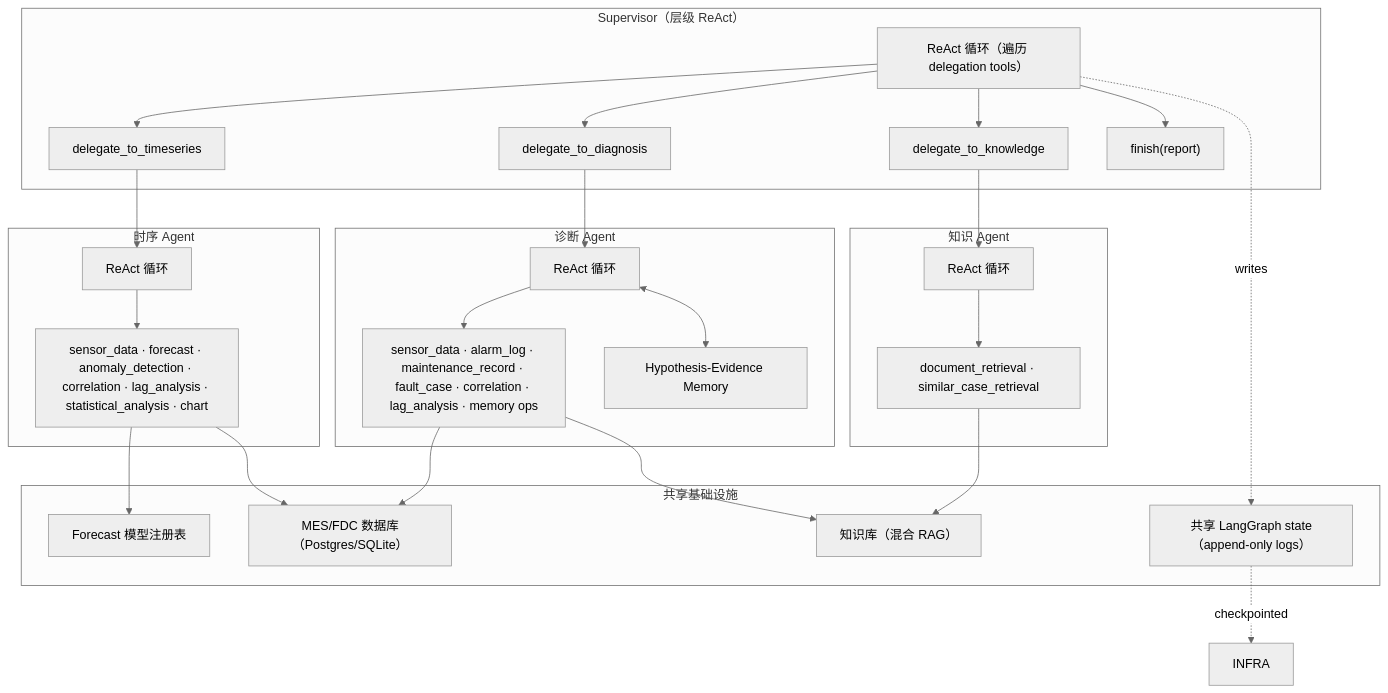
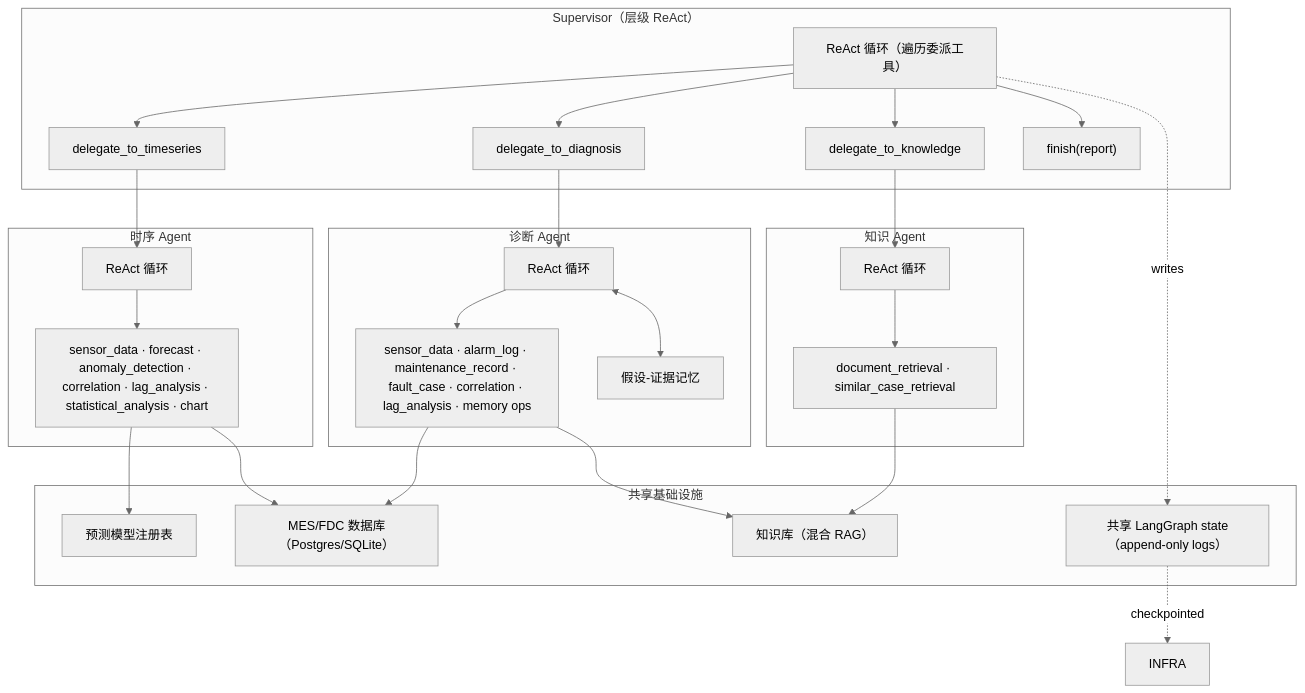
Before and after one commit to ChenYan7120/FabPilot: the diagram in docs/architecture.md, drawn with Mermaid (neutral theme). The commit also changed other lines of this file and 36 other files, not shown here.

````diff
--- a/docs/architecture.md
+++ b/docs/architecture.md
@@ -23,47 +23,47 @@
 ```mermaid
 flowchart TB
     subgraph Supervisor["Supervisor（层级 ReAct）"]
-        SLP["ReAct 循环（遍历 delegation tools）"]
+        SLP["ReAct 循环（遍历委派工具）"]
         DTS["delegate_to_timeseries"]
         DDX["delegate_to_diagnosis"]
         DKN["delegate_to_knowledge"]
         FIN["finish(report)"]
     end
 
     subgraph TS["时序 Agent"]
         TS_LOOP["ReAct 循环"]
         TS_TOOLS["sensor_data · forecast · anomaly_detection · correlation · lag_analysis · statistical_analysis · chart"]
     end
 
     subgraph DX["诊断 Agent"]
         DX_LOOP["ReAct 循环"]
-        MEM["Hypothesis-Evidence Memory"]
+        MEM["假设-证据记忆"]
         DX_TOOLS["sensor_data · alarm_log · maintenance_record · fault_case · correlation · lag_analysis · memory ops"]
     end
 
     subgraph KN["知识 Agent"]
         KN_LOOP["ReAct 循环"]
         KN_TOOLS["document_retrieval · similar_case_retrieval"]
     end
 
     SLP --> DTS --> TS_LOOP --> TS_TOOLS
     SLP --> DDX --> DX_LOOP --> DX_TOOLS
     DX_LOOP <--> MEM
     SLP --> DKN --> KN_LOOP --> KN_TOOLS
     SLP --> FIN
 
     subgraph Infra["共享基础设施"]
         STATE["共享 LangGraph state（append-only logs）"]
-        REG["Forecast 模型注册表"]
+        REG["预测模型注册表"]
         KB["知识库（混合 RAG）"]
         DB["MES/FDC 数据库（Postgres/SQLite）"]
     end
 
     TS_TOOLS --> REG
     TS_TOOLS --> DB
     DX_TOOLS --> DB
     KN_TOOLS --> KB
     DX_TOOLS --> KB
     SLP -.writes.-> STATE
     STATE -.checkpointed.-> INFRA
 ```
````
